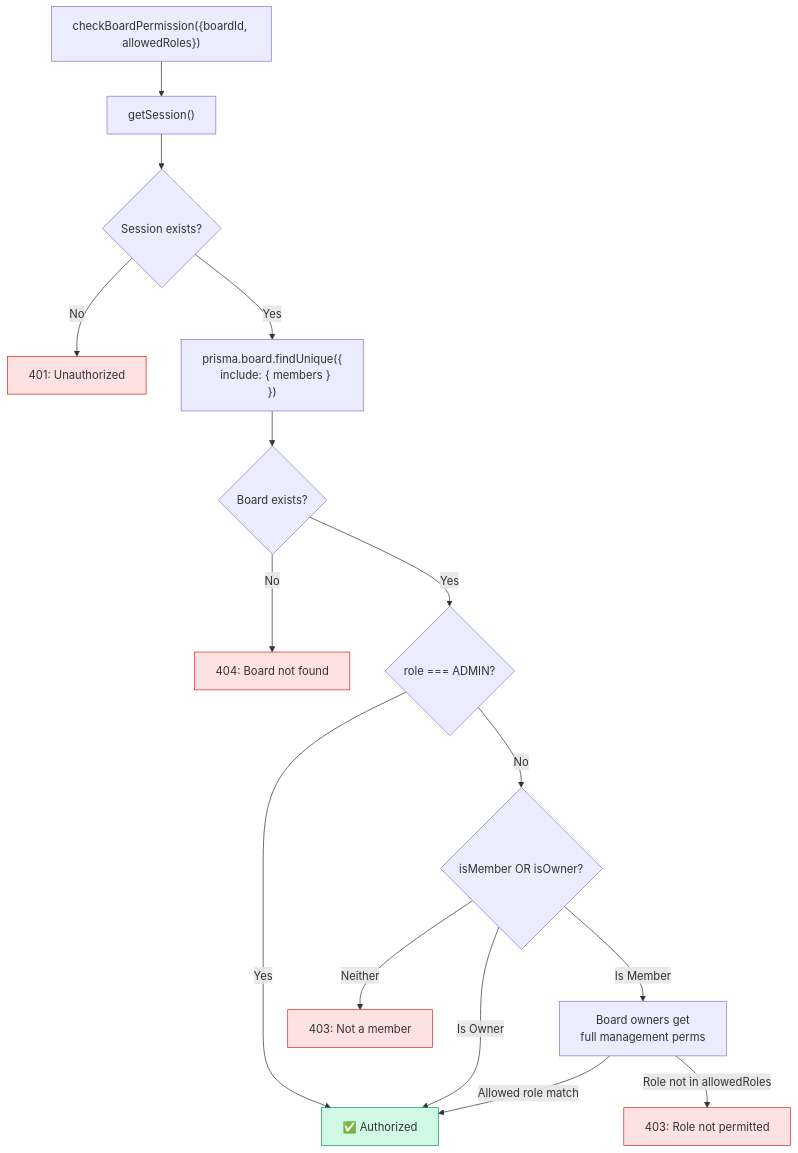
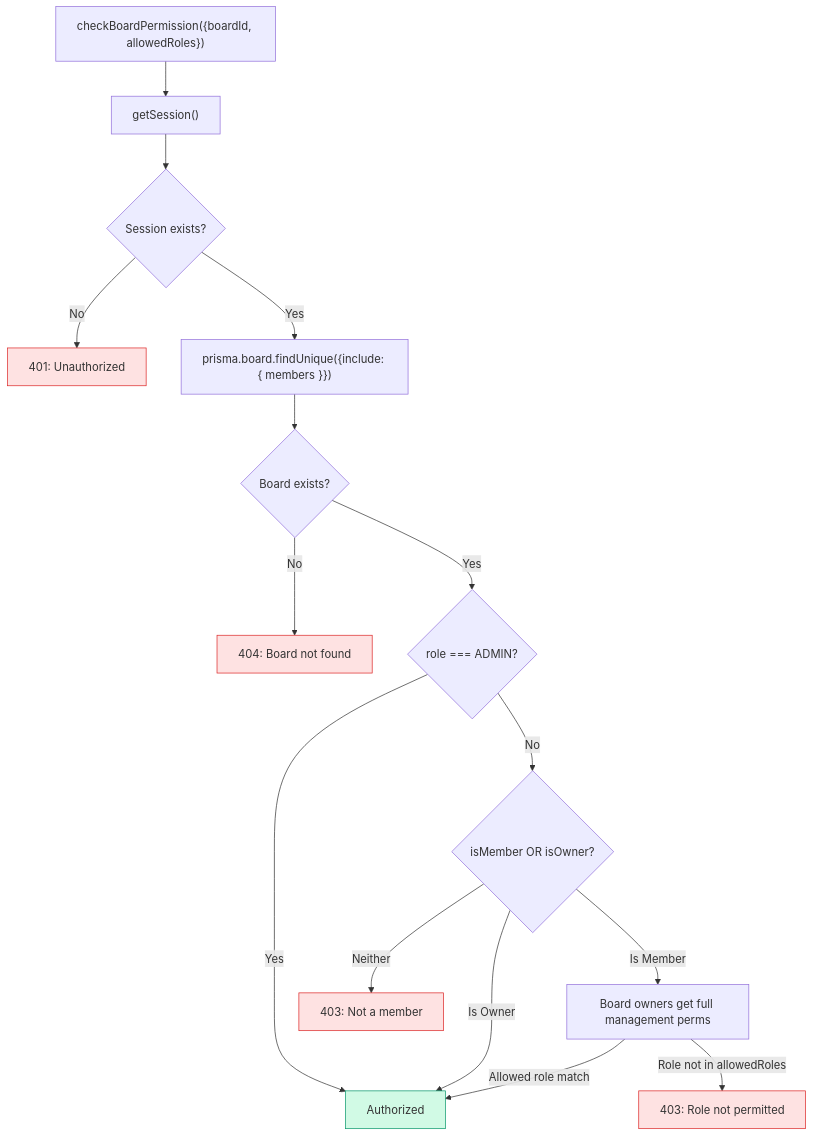
One commit to asefahmed500/Smart-Task-App_IIT_DU_Final_Project changed the third of 7 diagrams in docs/03-rbac-and-permissions.md. Above: the diagram before and after it, drawn with Mermaid. The commit also changed other lines of this file and 8 other files, not shown here.

Commit message:
fix: remove br tags from mermaid diagrams for GitHub rendering

````diff
--- a/docs/03-rbac-and-permissions.md
+++ b/docs/03-rbac-and-permissions.md
@@ -154,23 +154,23 @@
 ```mermaid
 flowchart TD
     START["checkBoardPermission({boardId, allowedRoles})"] --> SESSION["getSession()"]
     SESSION --> NO_SESSION{"Session exists?"}
     NO_SESSION -->|No| ERR_UNAUTH["401: Unauthorized"]
-    NO_SESSION -->|Yes| FIND["prisma.board.findUnique({<br/>  include: { members }<br/>})"]
+    NO_SESSION -->|Yes| FIND["prisma.board.findUnique({include: { members }})"]
     FIND --> NOT_FOUND{"Board exists?"}
     NOT_FOUND -->|No| ERR_404["404: Board not found"]
     NOT_FOUND -->|Yes| IS_ADMIN{"role === ADMIN?"}
-    IS_ADMIN -->|Yes| ALLOW["✅ Authorized"]
+    IS_ADMIN -->|Yes| ALLOW["Authorized"]
     IS_ADMIN -->|No| IS_MEMBER_OR_OWNER{"isMember OR isOwner?"}
     IS_MEMBER_OR_OWNER -->|Neither| ERR_FORBIDDEN["403: Not a member"]
     IS_MEMBER_OR_OWNER -->|Is Owner| ALLOW
-    IS_MEMBER_OR_OWNER -->|Is Member| IS_OWNER["Board owners get<br/>full management perms"]
+    IS_MEMBER_OR_OWNER -->|Is Member| IS_OWNER["Board owners get full management perms"]
     IS_OWNER -->|Allowed role match| ALLOW
     IS_OWNER -->|Role not in allowedRoles| ERR_ROLE["403: Role not permitted"]
 
     style ALLOW fill:#d1fae5,stroke:#059669
     style ERR_UNAUTH fill:#fee2e2,stroke:#dc2626
     style ERR_404 fill:#fee2e2,stroke:#dc2626
     style ERR_FORBIDDEN fill:#fee2e2,stroke:#dc2626
     style ERR_ROLE fill:#fee2e2,stroke:#dc2626
 ```
````
